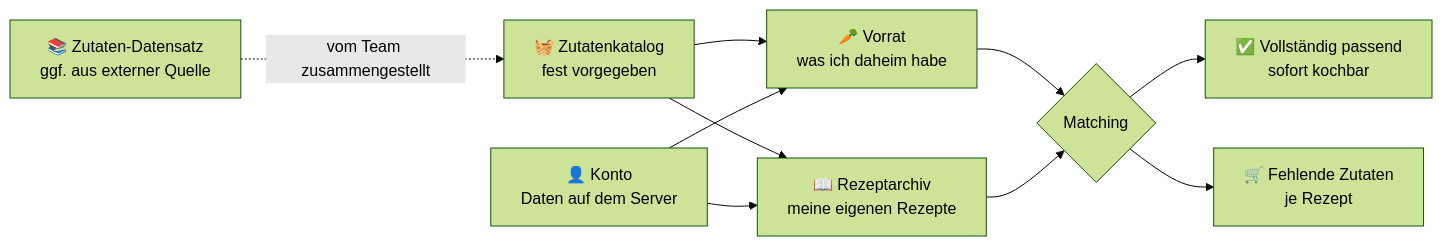
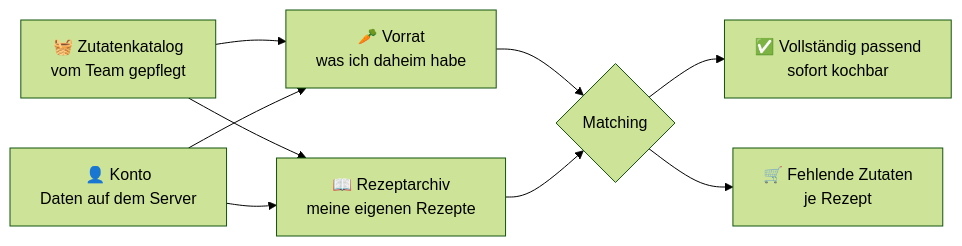
One commit to NeloBorcram/Jausi changed the diagram in README.md. Above: the diagram before and after it, drawn with Mermaid (forest theme). The commit also changed other lines of this file and 7 other files, not shown here.

````diff
--- a/README.md
+++ b/README.md
@@ -42,12 +42,11 @@
 ```mermaid
 flowchart LR
-    Q["📚 Zutaten-Datensatz<br/>ggf. aus externer Quelle"] -.->|"vom Team zusammengestellt"| K
-    K["🧺 Zutatenkatalog<br/>fest vorgegeben"] --> V["🥕 Vorrat<br/>was ich daheim habe"]
+    K["🧺 Zutatenkatalog<br/>vom Team gepflegt"] --> V["🥕 Vorrat<br/>was ich daheim habe"]
     K --> R["📖 Rezeptarchiv<br/>meine eigenen Rezepte"]
     U["👤 Konto<br/>Daten auf dem Server"] --> V
     U --> R
     V --> M{"Matching"}
     R --> M
     M --> P["✅ Vollständig passend<br/>sofort kochbar"]
     M --> F["🛒 Fehlende Zutaten<br/>je Rezept"]
 ```
````
